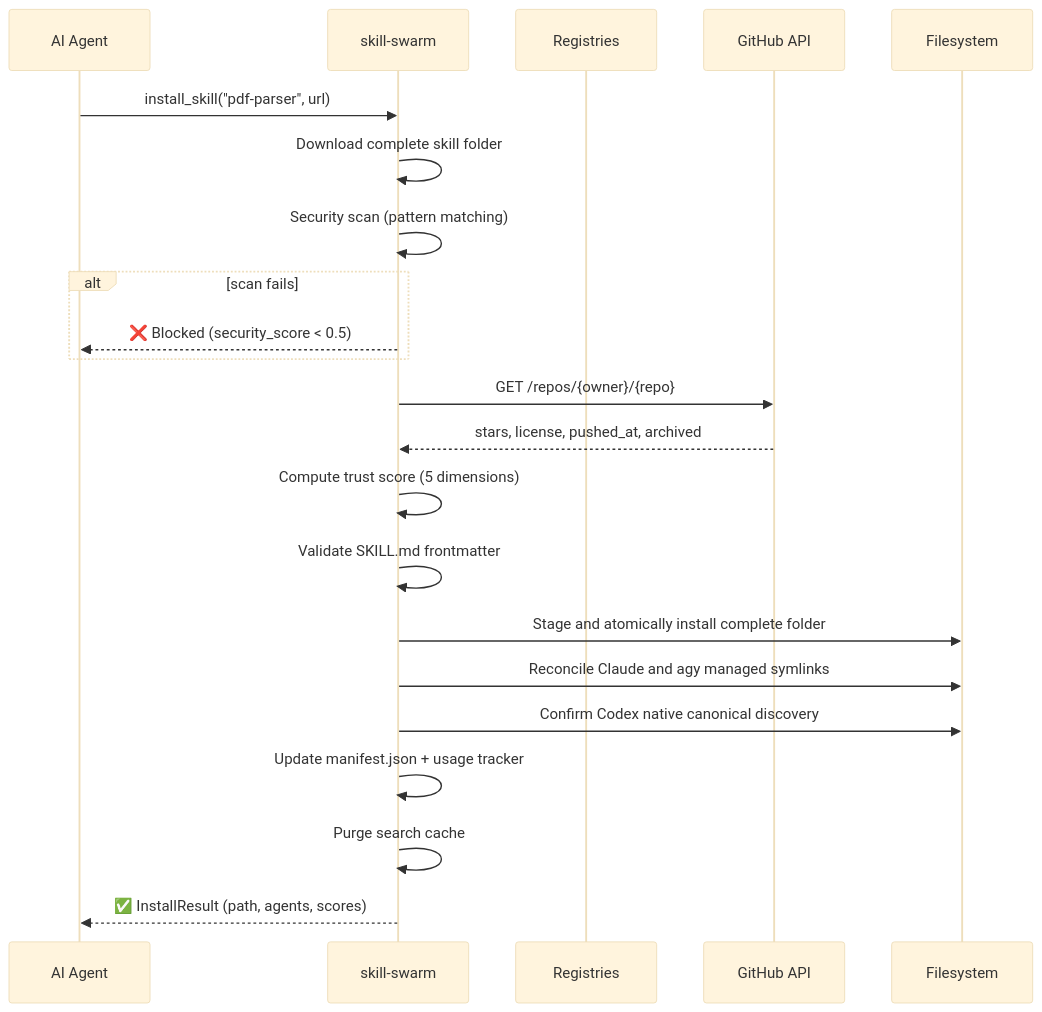
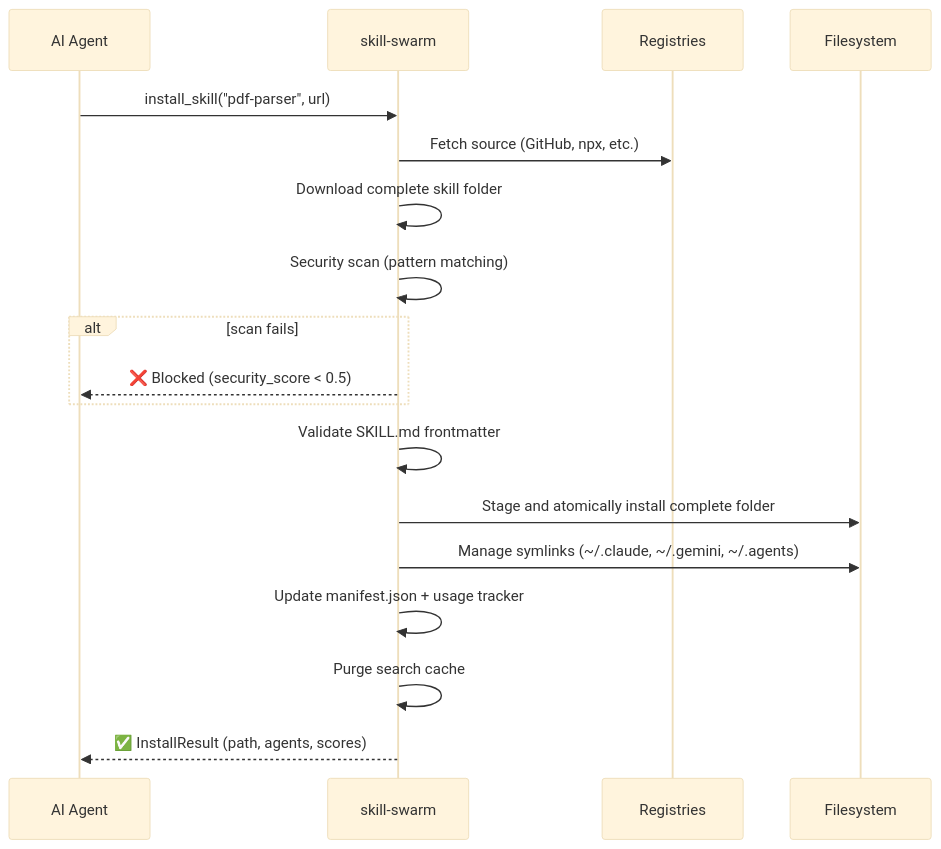
The fourth of 6 diagrams in README.md (ancrz/skill-swarm-mcp), drawn with Mermaid (base theme) before and after one commit. The commit also changed other lines of this file, not shown here.

Commit message:
docs: sync mermaid diagrams with token and install architecture

````diff
--- a/README.md
+++ b/README.md
@@ -132,25 +132,21 @@
 ```mermaid
 sequenceDiagram
     participant A as AI Agent
     participant S as skill-swarm
     participant R as Registries
-    participant G as GitHub API
     participant FS as Filesystem
 
     A->>S: install_skill("pdf-parser", url)
+    S->>R: Fetch source (GitHub, npx, etc.)
     S->>S: Download complete skill folder
     S->>S: Security scan (pattern matching)
     alt scan fails
         S-->>A: ❌ Blocked (security_score < 0.5)
     end
-    S->>G: GET /repos/{owner}/{repo}
-    G-->>S: stars, license, pushed_at, archived
-    S->>S: Compute trust score (5 dimensions)
     S->>S: Validate SKILL.md frontmatter
     S->>FS: Stage and atomically install complete folder
-    S->>FS: Reconcile Claude and agy managed symlinks
-    S->>FS: Confirm Codex native canonical discovery
+    S->>FS: Manage symlinks (~/.claude, ~/.gemini, ~/.agents)
     S->>S: Update manifest.json + usage tracker
     S->>S: Purge search cache
     S-->>A: ✅ InstallResult (path, agents, scores)
 ```
````
